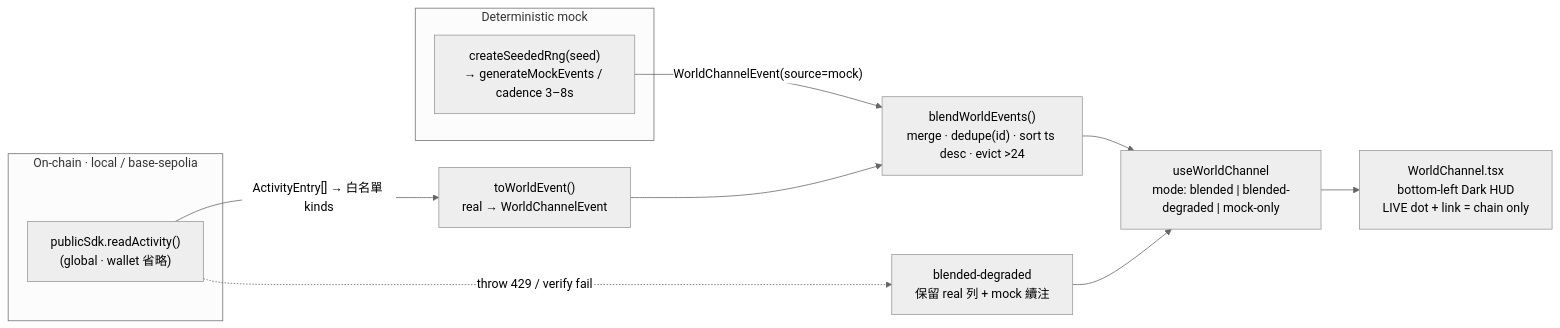
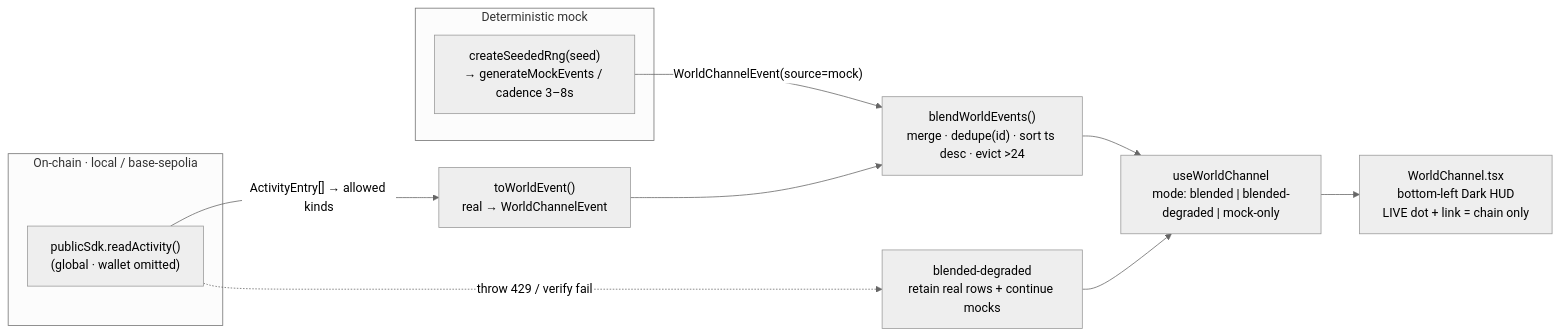
Before and after one commit to 0xroylee/eth-global-2026-tokyo: the diagram in docs/superpowers/plans/2026-09-27-world-channel-plan.md, drawn with Mermaid (neutral theme). The commit also changed other lines of this file and 12 other files, not shown here.

````diff
--- a/docs/superpowers/plans/2026-09-27-world-channel-plan.md
+++ b/docs/superpowers/plans/2026-09-27-world-channel-plan.md
@@ -264,16 +240,16 @@
 ```mermaid
 flowchart LR
   subgraph Chain["On-chain · local / base-sepolia"]
-    RA["publicSdk.readActivity()\n(global · wallet 省略)"]
+    RA["publicSdk.readActivity()\n(global · wallet omitted)"]
   end
   subgraph MockGen["Deterministic mock"]
     RNG["createSeededRng(seed)\n→ generateMockEvents / cadence 3–8s"]
   end
-  RA -->|"ActivityEntry[] → 白名單 kinds"| MAP["toWorldEvent()\nreal → WorldChannelEvent"]
+  RA -->|"ActivityEntry[] → allowed kinds"| MAP["toWorldEvent()\nreal → WorldChannelEvent"]
   RNG -->|"WorldChannelEvent(source=mock)"| MERGE
   MAP --> MERGE["blendWorldEvents()\nmerge · dedupe(id) · sort ts desc · evict >24"]
   MERGE --> HOOK["useWorldChannel\nmode: blended | blended-degraded | mock-only"]
   HOOK --> UI["WorldChannel.tsx\nbottom-left Dark HUD\nLIVE dot + link = chain only"]
-  RA -. throw 429 / verify fail .-> DEG["blended-degraded\n保留 real 列 + mock 續注"]
+  RA -. throw 429 / verify fail .-> DEG["blended-degraded\nretain real rows + continue mocks"]
   DEG --> HOOK
 ```
````
